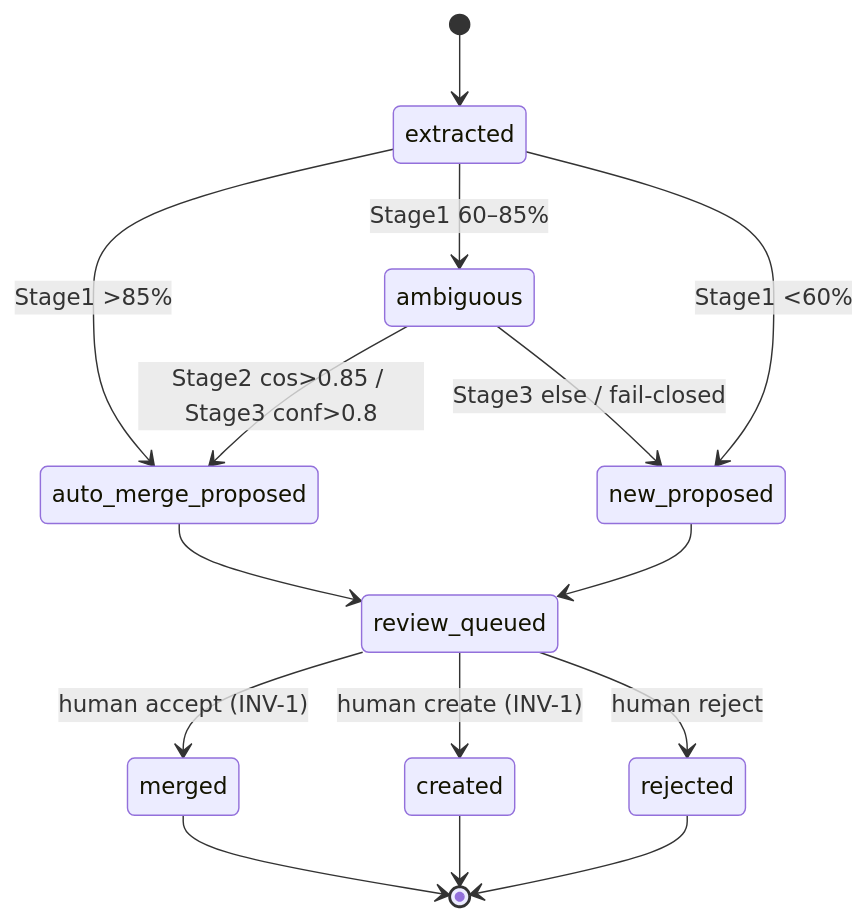
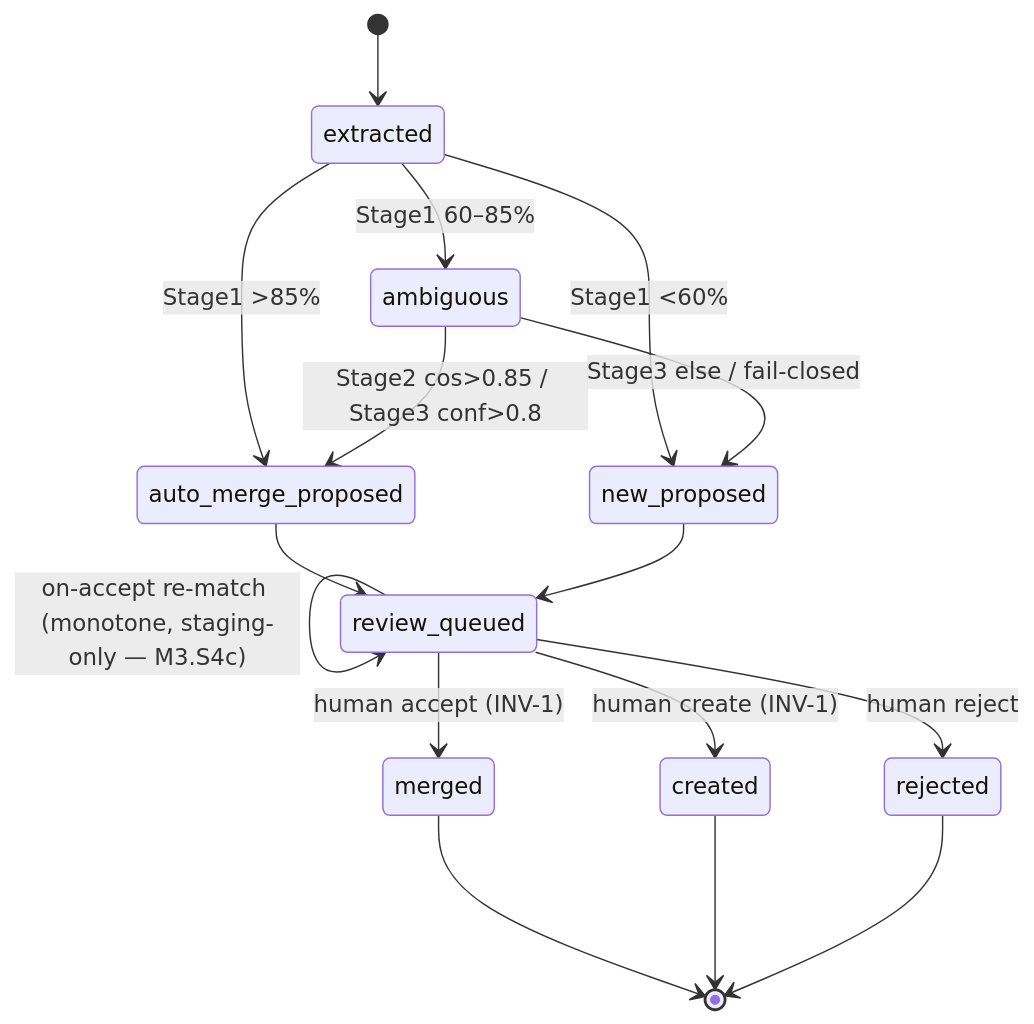
One commit to yaaisiu/story-forge changed the diagram in architecture/state-machines/candidate-lifecycle.md. Above: the diagram before and after it, drawn with Mermaid. The commit also changed other lines of this file and 9 other files, not shown here.

````diff
--- a/architecture/state-machines/candidate-lifecycle.md
+++ b/architecture/state-machines/candidate-lifecycle.md
@@ -70,17 +76,18 @@
 ```mermaid
 stateDiagram-v2
     [*] --> extracted
     extracted --> auto_merge_proposed: Stage1 >85%
     extracted --> ambiguous: Stage1 60–85%
     extracted --> new_proposed: Stage1 <60%
     ambiguous --> auto_merge_proposed: Stage2 cos>0.85 / Stage3 conf>0.8
     ambiguous --> new_proposed: Stage3 else / fail-closed
     auto_merge_proposed --> review_queued
     new_proposed --> review_queued
+    review_queued --> review_queued: on-accept re-match (monotone, staging-only — M3.S4c)
     review_queued --> merged: human accept (INV-1)
     review_queued --> created: human create (INV-1)
     review_queued --> rejected: human reject
     merged --> [*]
     created --> [*]
     rejected --> [*]
 ```
````
